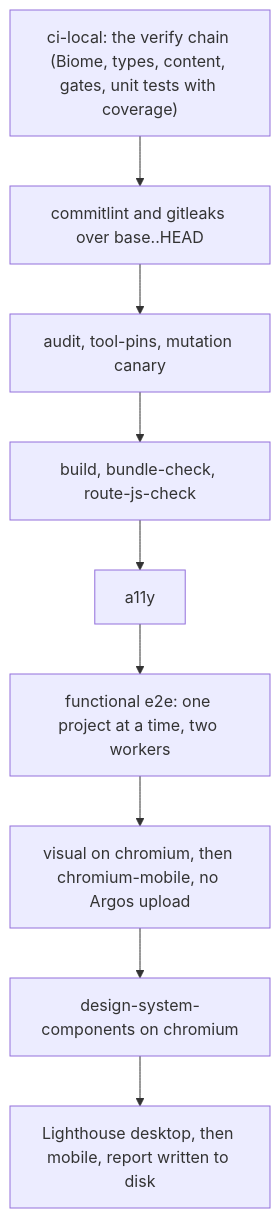
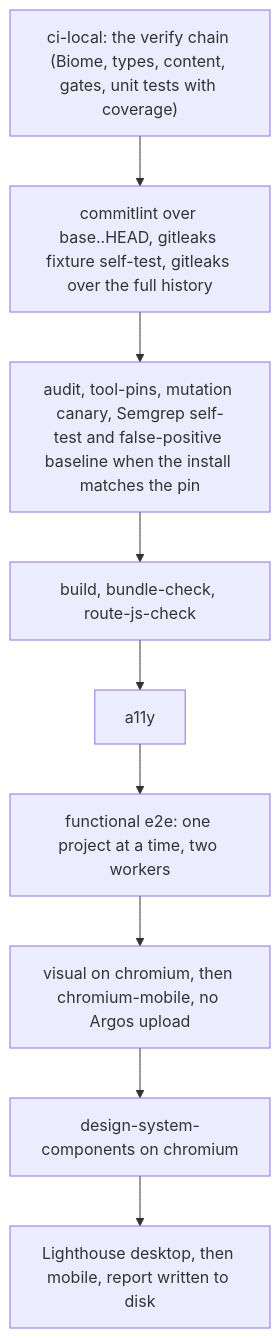
Before and after one commit to erikunha/portfolio: the first of 7 diagrams in docs/07-workflows.md, drawn with Mermaid. The commit also changed other lines of this file and 11 other files, not shown here.

First line of the commit message:
fix(ci): match the CI gitleaks and semgrep jobs in ci:full and harden its guards

````diff
--- a/docs/07-workflows.md
+++ b/docs/07-workflows.md
@@ -66,11 +66,11 @@
 ```mermaid
 flowchart TD
-    A["ci-local: the verify chain (Biome, types, content, gates, unit tests with coverage)"] --> B["commitlint and gitleaks over base..HEAD"]
-    B --> C["audit, tool-pins, mutation canary"]
+    A["ci-local: the verify chain (Biome, types, content, gates, unit tests with coverage)"] --> B["commitlint over base..HEAD, gitleaks fixture self-test, gitleaks over the full history"]
+    B --> C["audit, tool-pins, mutation canary, Semgrep self-test and false-positive baseline when the install matches the pin"]
     C --> D["build, bundle-check, route-js-check"]
     D --> E["a11y"]
     E --> F["functional e2e: one project at a time, two workers"]
     F --> G["visual on chromium, then chromium-mobile, no Argos upload"]
     G --> H["design-system-components on chromium"]
     H --> I["Lighthouse desktop, then mobile, report written to disk"]
 ```
````
